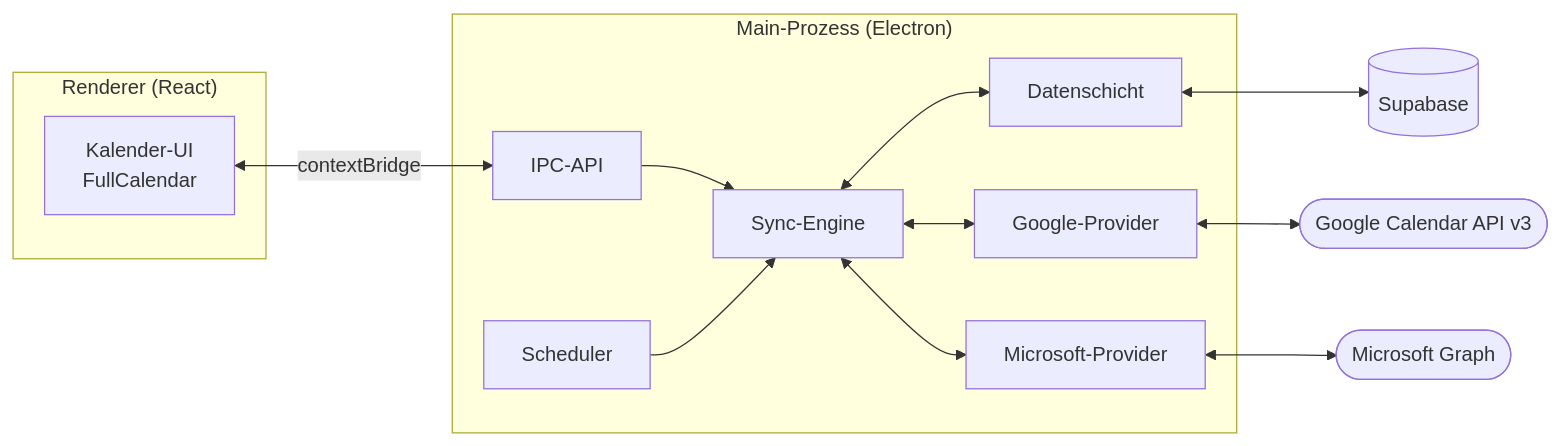
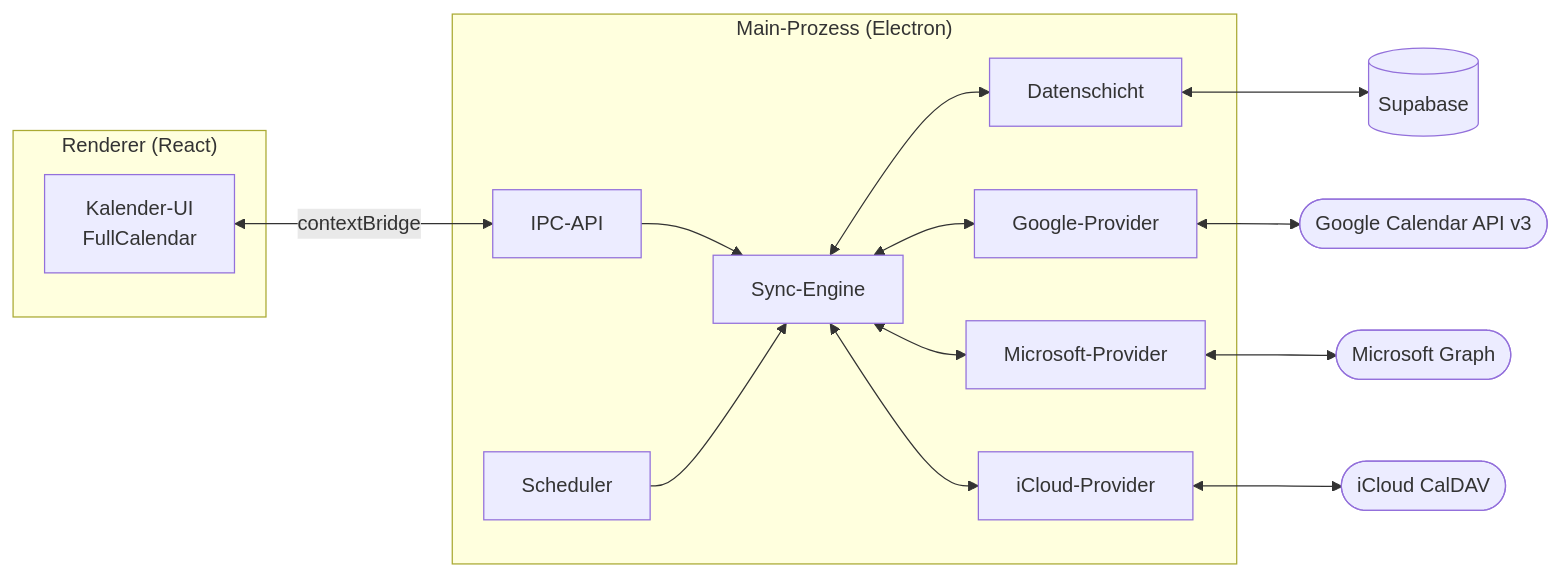
One commit to Namir1234/easy-Calender changed the first of 2 diagrams in docs/ARCHITEKTUR.md. Above: the diagram before and after it, drawn with Mermaid. The commit also changed other lines of this file and 28 other files, not shown here.

First line of the commit message:
feat: iCloud-Kalender über CalDAV, Paare aus beliebigen Kalendern (0.13.0)

````diff
--- a/docs/ARCHITEKTUR.md
+++ b/docs/ARCHITEKTUR.md
@@ -19,29 +19,33 @@
 ```mermaid
 flowchart LR
     subgraph R["Renderer (React)"]
         UI["Kalender-UI<br>FullCalendar"]
     end
 
     subgraph MAIN["Main-Prozess (Electron)"]
         IPC["IPC-API"]
         ENG["Sync-Engine"]
         SCH["Scheduler"]
         DB["Datenschicht"]
         GP["Google-Provider"]
         MP["Microsoft-Provider"]
+        IP["iCloud-Provider"]
     end
 
     SB[("Supabase")]
     GAPI(["Google Calendar API v3"])
     GRAPH(["Microsoft Graph"])
+    CALDAV(["iCloud CalDAV"])
 
     UI <-->|contextBridge| IPC
     IPC --> ENG
     SCH --> ENG
     ENG <--> DB
     DB <--> SB
     ENG <--> GP
     ENG <--> MP
+    ENG <--> IP
     GP <--> GAPI
     MP <--> GRAPH
+    IP <--> CALDAV
 ```
````
